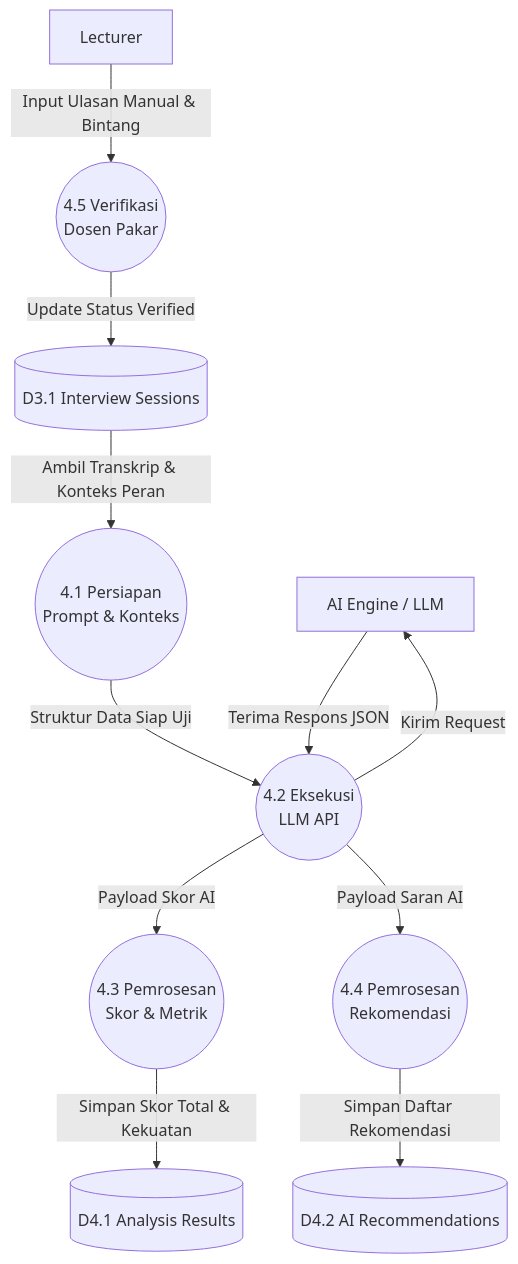
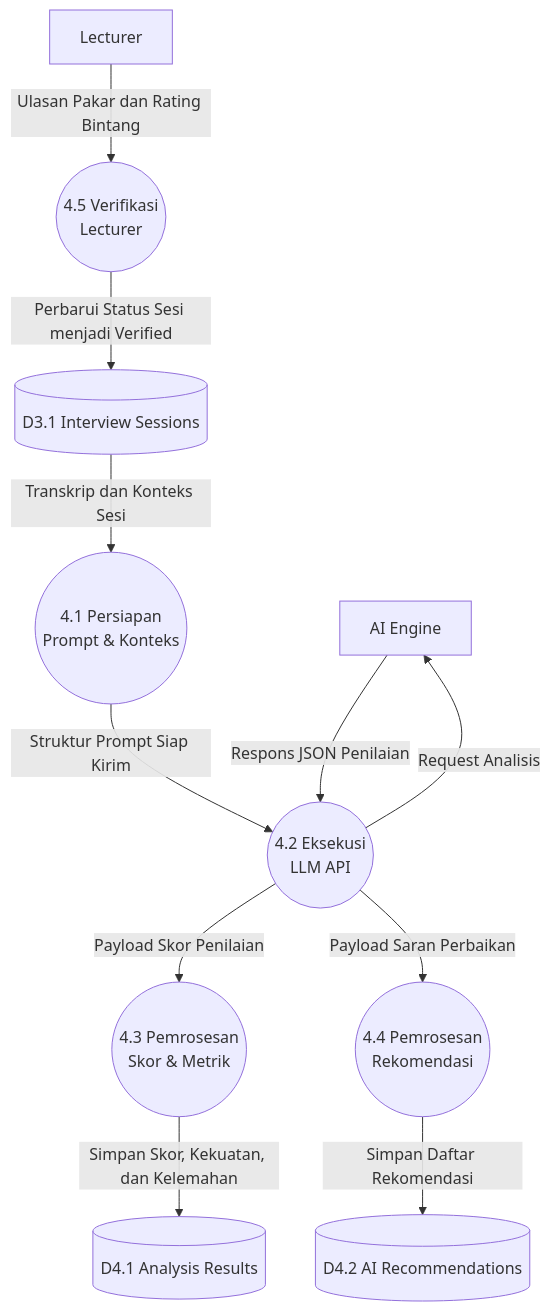
Before and after one commit to vugn/intervox: the sixth of 37 diagrams in bab3.md, drawn with Mermaid. The commit also changed other lines of this file and 2 other files, not shown here.

First line of the commit message:
docs: update DFD diagrams and add implementation chapter documentation

````diff
--- a/bab3.md
+++ b/bab3.md
@@ -268,30 +277,30 @@
 ```mermaid
 graph TD
-    AI["AI Engine / LLM"]
+    AI["AI Engine"]
     LC["Lecturer"]
 
     P4_1(("4.1 Persiapan<br>Prompt & Konteks"))
     P4_2(("4.2 Eksekusi<br>LLM API"))
     P4_3(("4.3 Pemrosesan<br>Skor & Metrik"))
     P4_4(("4.4 Pemrosesan<br>Rekomendasi"))
-    P4_5(("4.5 Verifikasi<br>Dosen Pakar"))
+    P4_5(("4.5 Verifikasi<br>Lecturer"))
 
     D3_1[("D3.1 Interview Sessions")]
     D4_1[("D4.1 Analysis Results")]
     D4_2[("D4.2 AI Recommendations")]
 
-    D3_1 -->|Ambil Transkrip & Konteks Peran| P4_1
-    P4_1 -->|Struktur Data Siap Uji| P4_2
+    D3_1 -->|Transkrip dan Konteks Sesi| P4_1
+    P4_1 -->|Struktur Prompt Siap Kirim| P4_2
 
-    P4_2 -->|Kirim Request| AI
-    AI -->|Terima Respons JSON| P4_2
+    P4_2 -->|Request Analisis| AI
+    AI -->|Respons JSON Penilaian| P4_2
 
-    P4_2 -->|Payload Skor AI| P4_3
-    P4_3 -->|Simpan Skor Total & Kekuatan| D4_1
+    P4_2 -->|Payload Skor Penilaian| P4_3
+    P4_3 -->|Simpan Skor, Kekuatan, dan Kelemahan| D4_1
 
-    P4_2 -->|Payload Saran AI| P4_4
+    P4_2 -->|Payload Saran Perbaikan| P4_4
     P4_4 -->|Simpan Daftar Rekomendasi| D4_2
 
-    LC -->|Input Ulasan Manual & Bintang| P4_5
-    P4_5 -->|Update Status Verified| D3_1
+    LC -->|Ulasan Pakar dan Rating Bintang| P4_5
+    P4_5 -->|Perbarui Status Sesi menjadi Verified| D3_1
 ```
````
